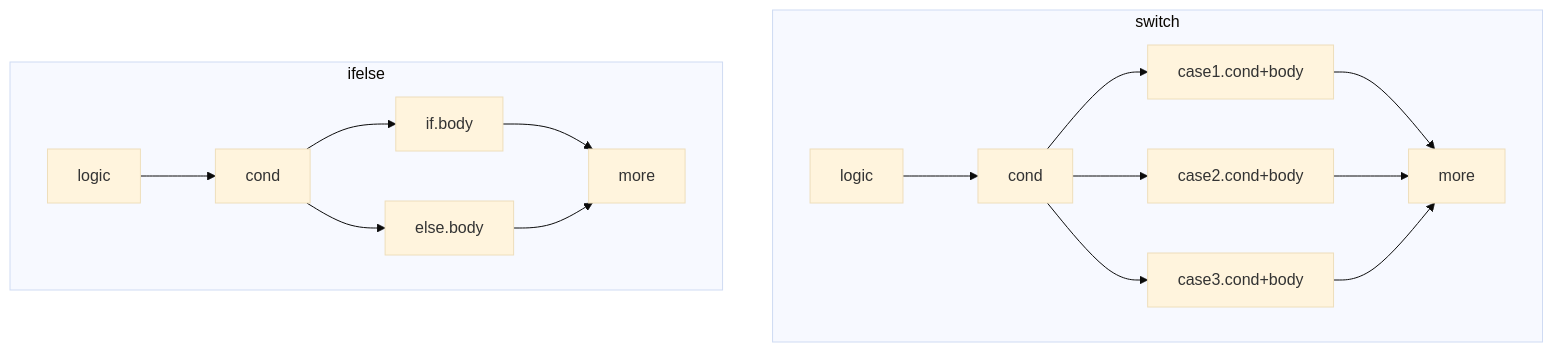
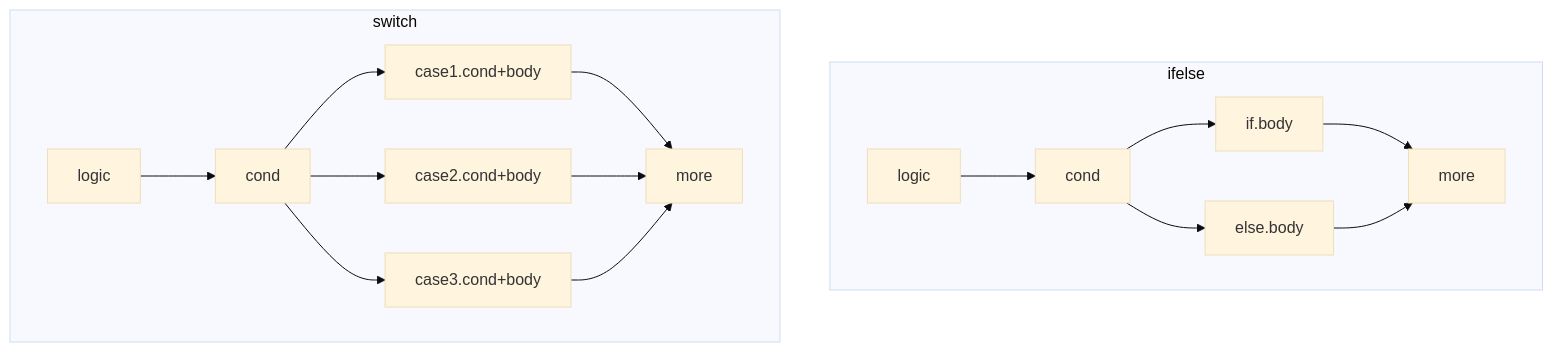
One commit to VPDong/opt-note changed the first of 2 diagrams in 1 编程语言/0 as/0 汇编之ARM学习笔记.md. Above: the diagram before and after it, drawn with Mermaid (base theme). The commit also changed other lines of this file, not shown here.

````diff
--- a/1 编程语言/0 as/0 汇编之ARM学习笔记.md
+++ b/1 编程语言/0 as/0 汇编之ARM学习笔记.md
@@ -201,20 +199,20 @@
 ```mermaid
 graph TB;
+  subgraph ifelse;
+  logici[logic] --> condi[cond];
+  condi[cond] --> if.body;
+  if.body --> morei[more];
+  condi[cond] --> else.body;
+  else.body --> morei[more];
+  end;
+  
   subgraph switch;
   logics[logic] --> conds[cond];
   conds[cond] --> case1.cond+body;
   case1.cond+body --> mores[more];
   conds[cond] --> case2.cond+body;
   case2.cond+body --> mores[more];
   conds[cond] --> case3.cond+body;
   case3.cond+body --> mores[more];
   end;
-  
-  subgraph ifelse;
-  logici[logic] --> condi[cond];
-  condi[cond] --> if.body;
-  if.body --> morei[more];
-  condi[cond] --> else.body;
-  else.body --> morei[more];
-  end;
 ```
````
